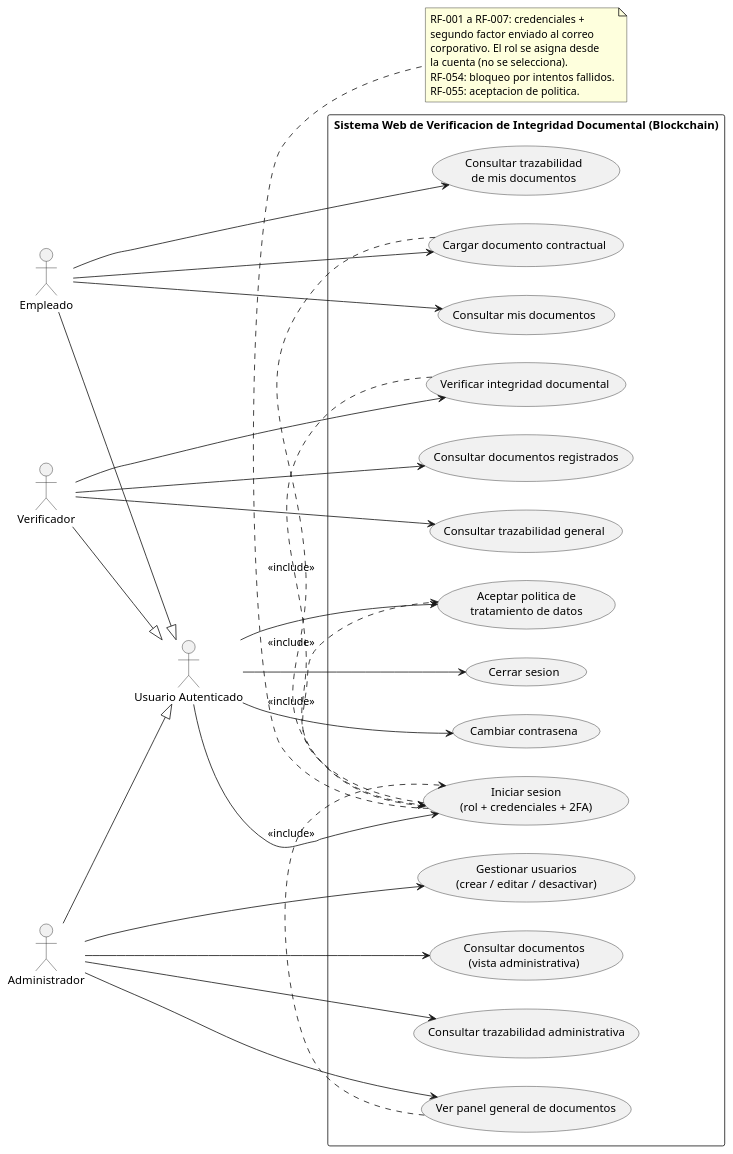
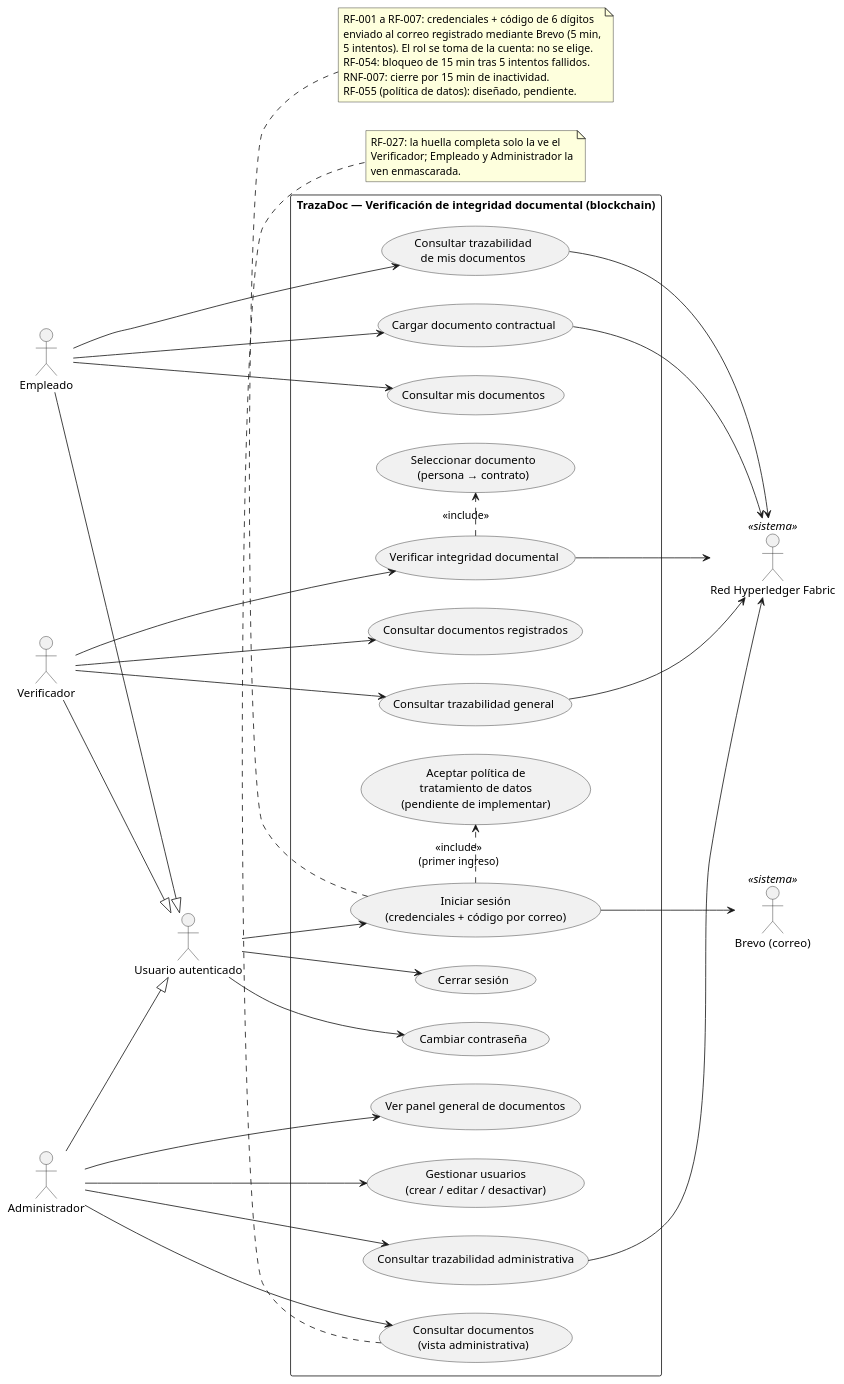
The diagram in docs/uml/00-diagrama-casos-de-uso.puml (swummen/Blockchain_Contratos), drawn with PlantUML before and after one commit. The commit also changed 9 other files, not shown here.

Commit message:
uml corregido

```diff
--- a/docs/uml/00-diagrama-casos-de-uso.puml
+++ b/docs/uml/00-diagrama-casos-de-uso.puml
@@ -1,65 +1,77 @@
 @startuml 00-diagrama-casos-de-uso
 left to right direction
 skinparam packageStyle rectangle
 
-actor "Usuario Autenticado" as UsuarioBase
+actor "Usuario autenticado" as UsuarioBase
 actor Empleado
 actor Verificador
 actor Administrador
+actor "Red Hyperledger Fabric" as Fabric <<sistema>>
+actor "Brevo (correo)" as Brevo <<sistema>>
 
 Empleado --|> UsuarioBase
 Verificador --|> UsuarioBase
 Administrador --|> UsuarioBase
 
-rectangle "Sistema Web de Verificacion de Integridad Documental (Blockchain)" {
-  usecase "Iniciar sesion\n(rol + credenciales + 2FA)" as UC_Login
-  usecase "Cerrar sesion" as UC_Logout
-  usecase "Cambiar contrasena" as UC_ChangePwd
-  usecase "Aceptar politica de\ntratamiento de datos" as UC_Policy
+rectangle "TrazaDoc — Verificación de integridad documental (blockchain)" {
+  usecase "Iniciar sesión\n(credenciales + código por correo)" as UC_Login
+  usecase "Cerrar sesión" as UC_Logout
+  usecase "Cambiar contraseña" as UC_ChangePwd
+  usecase "Aceptar política de\ntratamiento de datos\n(pendiente de implementar)" as UC_Policy
 
   usecase "Cargar documento contractual" as UC_Upload
   usecase "Consultar mis documentos" as UC_MyDocs
   usecase "Consultar trazabilidad\nde mis documentos" as UC_MyTrace
 
   usecase "Verificar integridad documental" as UC_Verify
+  usecase "Seleccionar documento\n(persona → contrato)" as UC_Select
   usecase "Consultar documentos registrados" as UC_DocsVerifier
   usecase "Consultar trazabilidad general" as UC_TraceGeneral
 
   usecase "Ver panel general de documentos" as UC_Dashboard
   usecase "Gestionar usuarios\n(crear / editar / desactivar)" as UC_ManageUsers
   usecase "Consultar documentos\n(vista administrativa)" as UC_DocsAdmin
   usecase "Consultar trazabilidad administrativa" as UC_TraceAdmin
 }
 
 UsuarioBase --> UC_Login
 UsuarioBase --> UC_Logout
-UsuarioBase --> UC_Policy
-UC_Login .> UC_Policy : <<include>>
 UsuarioBase --> UC_ChangePwd
+UC_Login .> UC_Policy : <<include>>\n(primer ingreso)
 
 Empleado --> UC_Upload
 Empleado --> UC_MyDocs
 Empleado --> UC_MyTrace
 
 Verificador --> UC_Verify
+UC_Verify .> UC_Select : <<include>>
 Verificador --> UC_DocsVerifier
 Verificador --> UC_TraceGeneral
 
 Administrador --> UC_Dashboard
 Administrador --> UC_ManageUsers
 Administrador --> UC_DocsAdmin
 Administrador --> UC_TraceAdmin
 
-UC_Upload .> UC_Login : <<include>>
-UC_Verify .> UC_Login : <<include>>
-UC_Dashboard .> UC_Login : <<include>>
+UC_Login --> Brevo
+UC_Upload --> Fabric
+UC_Verify --> Fabric
+UC_MyTrace --> Fabric
+UC_TraceGeneral --> Fabric
+UC_TraceAdmin --> Fabric
 
 note bottom of UC_Login
-  RF-001 a RF-007: credenciales +
-  segundo factor enviado al correo
-  corporativo. El rol se asigna desde
-  la cuenta (no se selecciona).
-  RF-054: bloqueo por intentos fallidos.
-  RF-055: aceptacion de politica.
+  RF-001 a RF-007: credenciales + código de 6 dígitos
+  enviado al correo registrado mediante Brevo (5 min,
+  5 intentos). El rol se toma de la cuenta: no se elige.
+  RF-054: bloqueo de 15 min tras 5 intentos fallidos.
+  RNF-007: cierre por 15 min de inactividad.
+  RF-055 (política de datos): diseñado, pendiente.
+end note
+
+note bottom of UC_DocsAdmin
+  RF-027: la huella completa solo la ve el
+  Verificador; Empleado y Administrador la
+  ven enmascarada.
 end note
 @enduml
```
